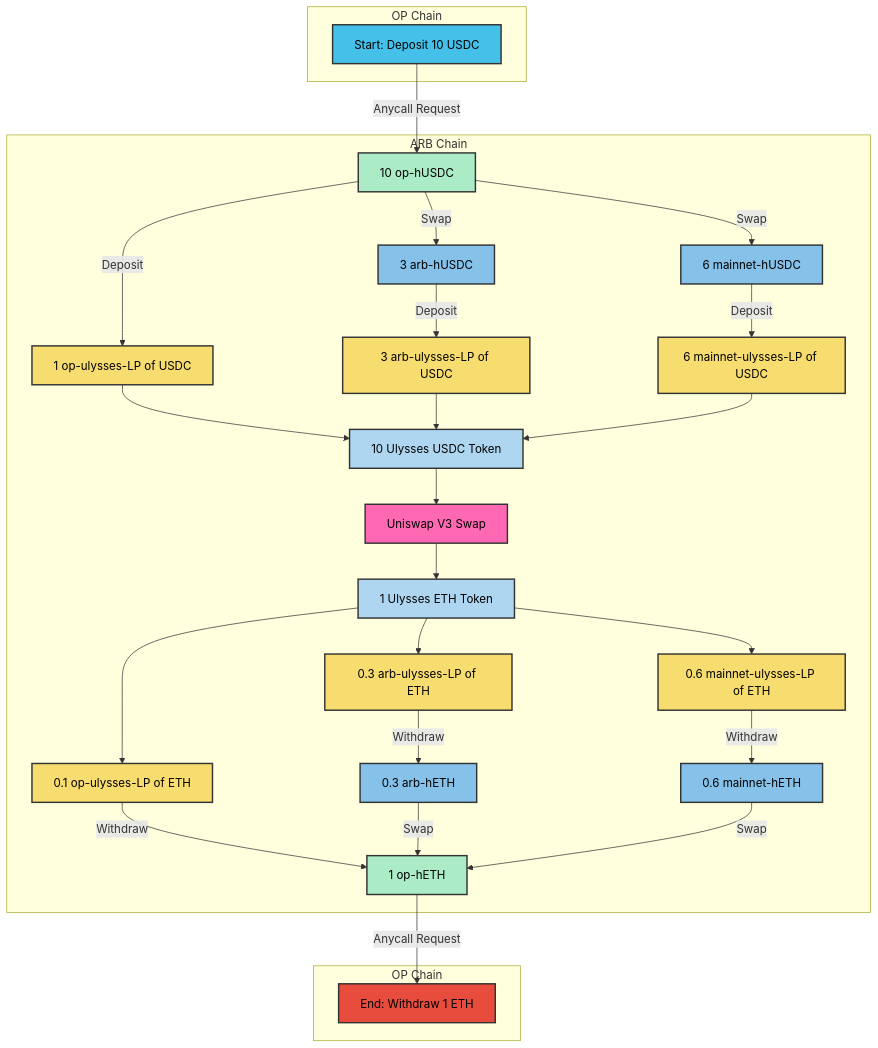
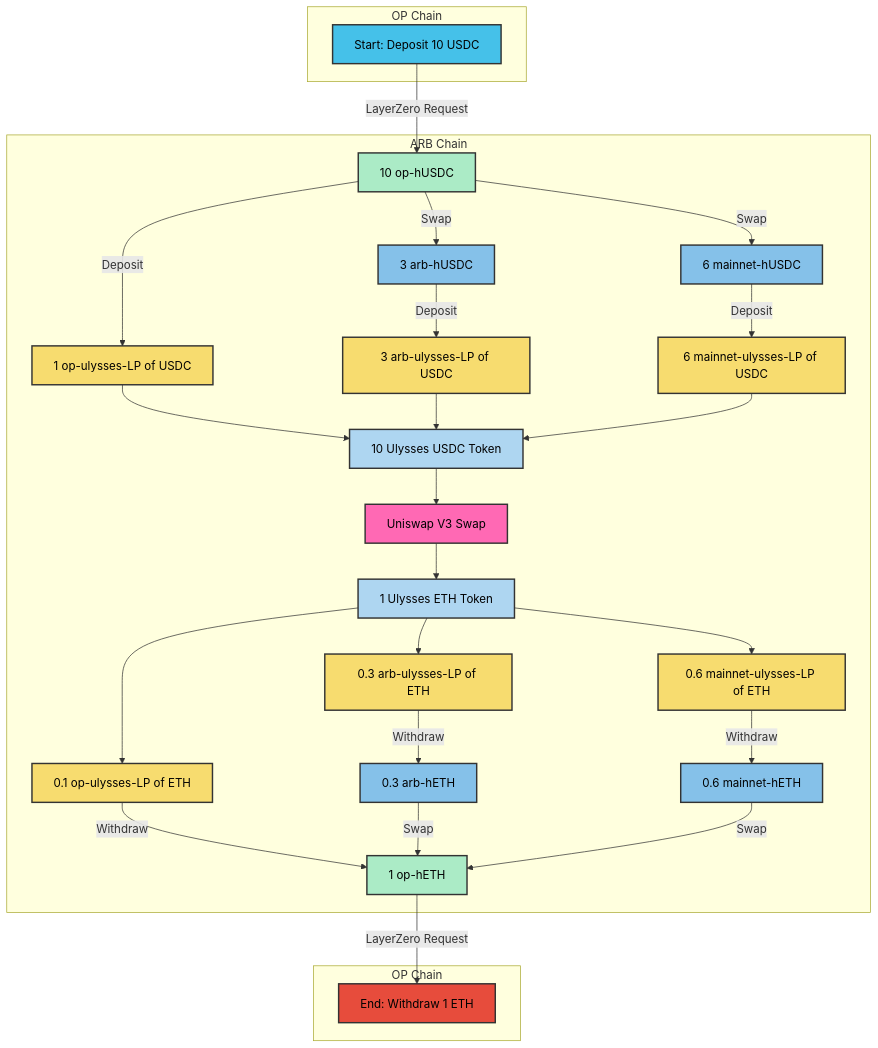
One commit to Maia-DAO/ecosystem-docs changed the first of 3 diagrams in versioned_docs/version-Ulysses/overview/unified-liquidity/02-ulysses-unified-tokens.md. Above: the diagram before and after it, drawn with Mermaid. The commit also changed other lines of this file, not shown here.

Commit message:
Update_(anycall changed into layer0 02-ulysses-unified-tokens.md

````diff
--- a/versioned_docs/version-Ulysses/overview/unified-liquidity/02-ulysses-unified-tokens.md
+++ b/versioned_docs/version-Ulysses/overview/unified-liquidity/02-ulysses-unified-tokens.md
@@ -84,50 +84,50 @@
 ```mermaid
 graph TD
     style A fill:#45C1E9,stroke:#333,stroke-width:2px,color:#000;
     style C fill:#ABEBC6,stroke:#333,stroke-width:2px,color:#000;
     style E fill:#F7DC6F,stroke:#333,stroke-width:2px,color:#000;
     style G fill:#F7DC6F,stroke:#333,stroke-width:2px,color:#000;
     style I fill:#F7DC6F,stroke:#333,stroke-width:2px,color:#000;
     style F1 fill:#85C1E9,stroke:#333,stroke-width:2px,color:#000;
     style H1 fill:#85C1E9,stroke:#333,stroke-width:2px,color:#000;
     style J fill:#AED6F1,stroke:#333,stroke-width:2px,color:#000;
     style L fill:#FF69B4,stroke:#333,stroke-width:2px,color:#000;
     style M fill:#AED6F1,stroke:#333,stroke-width:2px,color:#000;
     style Q2 fill:#85C1E9,stroke:#333,stroke-width:2px,color:#000;
     style Q3 fill:#85C1E9,stroke:#333,stroke-width:2px,color:#000;
     style R1 fill:#F7DC6F,stroke:#333,stroke-width:2px,color:#000;
     style R2 fill:#F7DC6F,stroke:#333,stroke-width:2px,color:#000;
     style R3 fill:#F7DC6F,stroke:#333,stroke-width:2px,color:#000;
     style S fill:#ABEBC6,stroke:#333,stroke-width:2px,color:#000;
     style V fill:#E74C3C,stroke:#333,stroke-width:2px,color:#000;
 
     subgraph OP Chain
         A[Start: Deposit 10 USDC]
     end
 
     subgraph ARB Chain
-        A -->|Anycall Request| C[10 op-hUSDC]
+        A -->|LayerZero Request| C[10 op-hUSDC]
         C -->|Deposit| E[1 op-ulysses-LP of USDC]
         F1[3 arb-hUSDC] -->|Deposit| G[3 arb-ulysses-LP of USDC]
         H1[6 mainnet-hUSDC] -->|Deposit| I[6 mainnet-ulysses-LP of USDC]
         C -->|Swap| F1
         C -->|Swap| H1
         E --> J[10 Ulysses USDC Token]
         G --> J
         I --> J
         J --> L[Uniswap V3 Swap]
         L --> M[1 Ulysses ETH Token]
         M --> R1[0.1 op-ulysses-LP of ETH]
         M --> R2[0.3 arb-ulysses-LP of ETH]
         M --> R3[0.6 mainnet-ulysses-LP of ETH]
         R2 -->|Withdraw| Q2[0.3 arb-hETH]
         R3 -->|Withdraw| Q3[0.6 mainnet-hETH]
         R1 --> |Withdraw| S[1 op-hETH]
         Q2 -->|Swap| S
         Q3 -->|Swap| S
     end
 
     subgraph OP Chain
-    S -->|Anycall Request| V[End: Withdraw 1 ETH]
+    S -->|LayerZero Request| V[End: Withdraw 1 ETH]
     end
 ```
````
